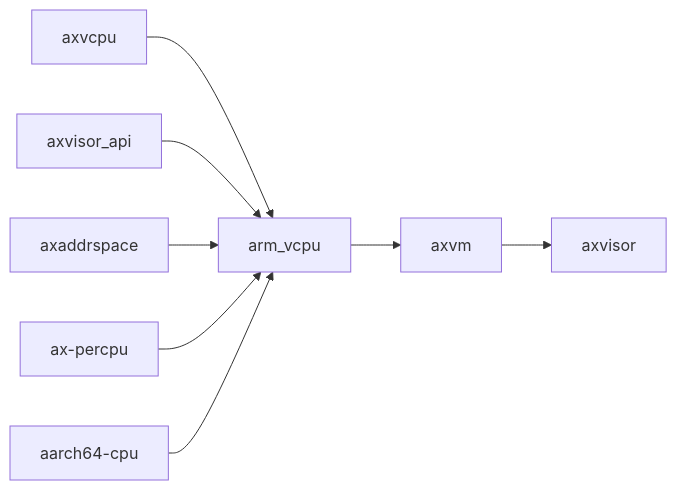
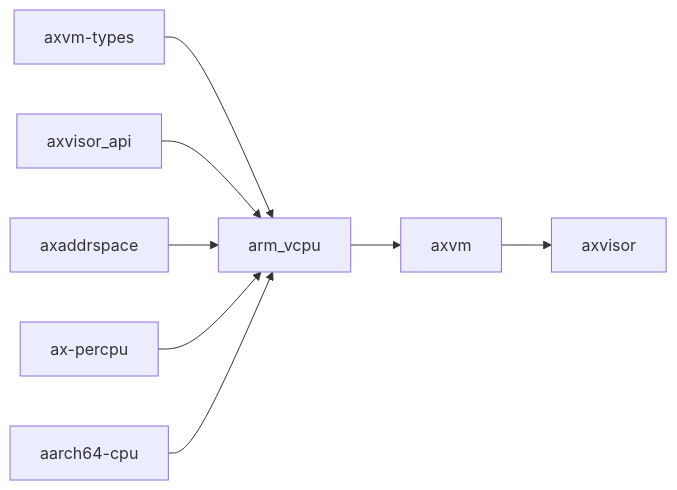
Before and after one commit to rcore-os/tgoskits: the second of 3 diagrams in docs/docs/components/crates/arm-vcpu.md, drawn with Mermaid. The commit also changed other lines of this file and 79 other files, not shown here.

Commit message:
refactor(axvm): decouple vcpu backends

````diff
--- a/docs/docs/components/crates/arm-vcpu.md
+++ b/docs/docs/components/crates/arm-vcpu.md
@@ -114,11 +114,11 @@
 ```mermaid
 graph LR
-    axvcpu["axvcpu"] --> current["arm_vcpu"]
+    axvm_types["axvm-types"] --> current["arm_vcpu"]
     axvisor_api["axvisor_api"] --> current
     axaddrspace["axaddrspace"] --> current
     ax-percpu["ax-percpu"] --> current
     aarch64_cpu["aarch64-cpu"] --> current
 
     current --> axvm["axvm"]
     axvm --> axvisor["axvisor"]
 ```
````
